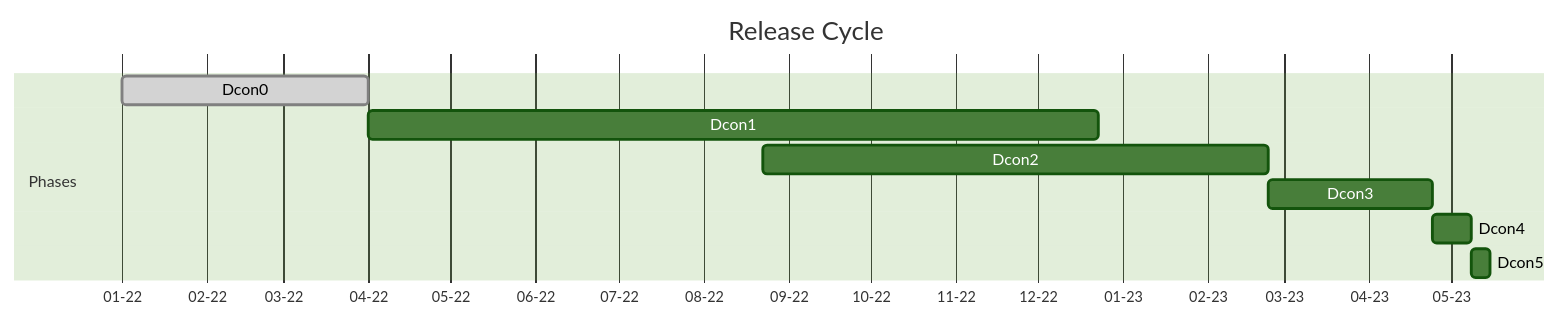
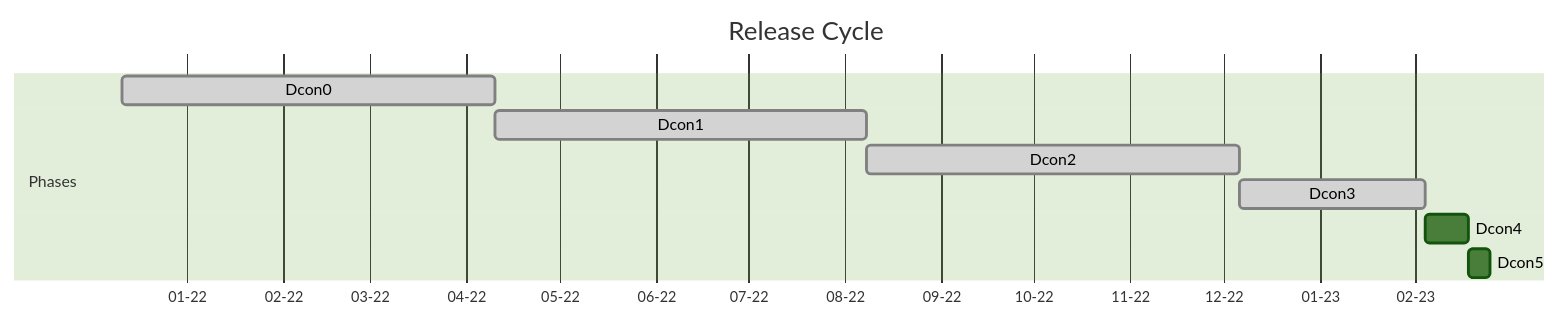
The diagram in doc/src/architecture/architecture.md (darkrenaissance/darkfi), drawn with Mermaid (forest theme) before and after one commit. The commit also changed other lines of this file, not shown here.

````diff
--- a/doc/src/architecture/architecture.md
+++ b/doc/src/architecture/architecture.md
@@ -25,13 +25,13 @@
 ```mermaid
 gantt
     title Release Cycle
     dateFormat  DD-MM-YYYY
     axisFormat  %m-%y
     section Phases
-    Dcon0            :done, d0, 01-01-2022, 01-04-2022
-    Dcon1            :      d1, after d0,   23-12-2022
-    Dcon2            :      d2, 23-08-2022, 23-02-2023
-    Dcon3            :      d3, after d2,   60d
+    Dcon0            :done, d0, 11-12-2021, 120d
+    Dcon1            :done, d1, after d0,   120d
+    Dcon2            :done, d2, after d1,   120d
+    Dcon3            :done, d3, after d2,   60d
     Dcon4            :      d4, after d3,   14d
     Dcon5            :      d5, after d4,   7d
 ```
````
